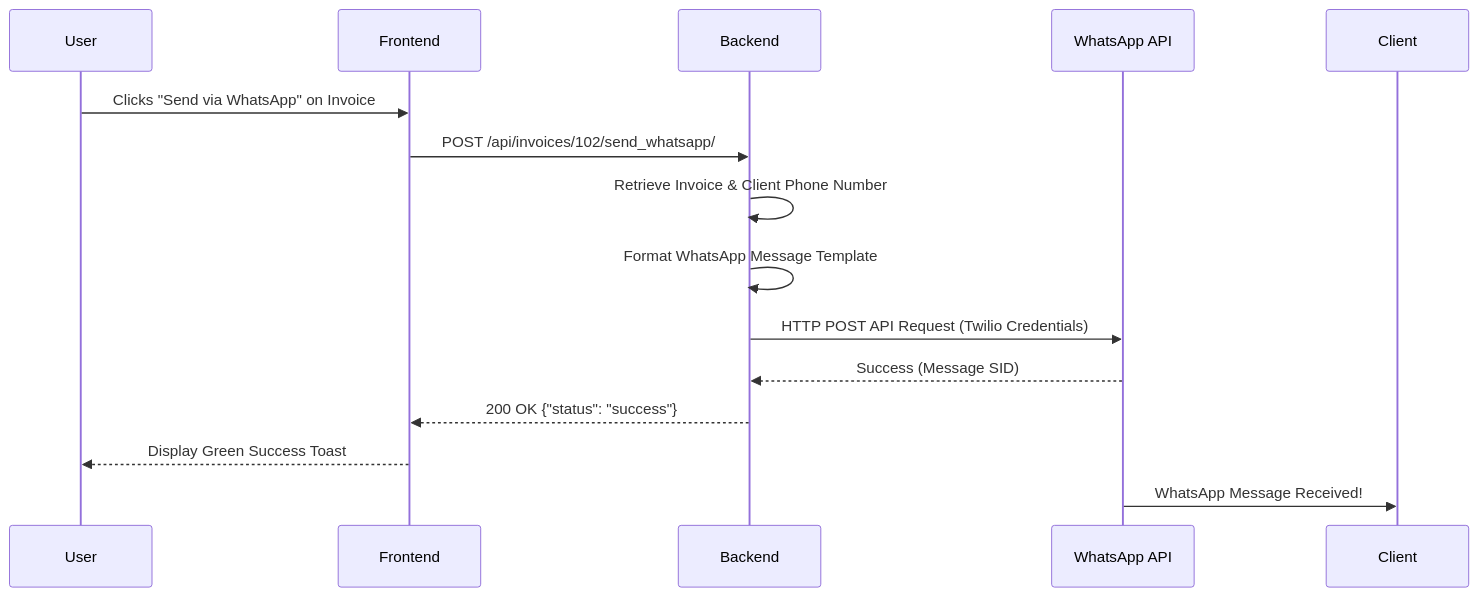
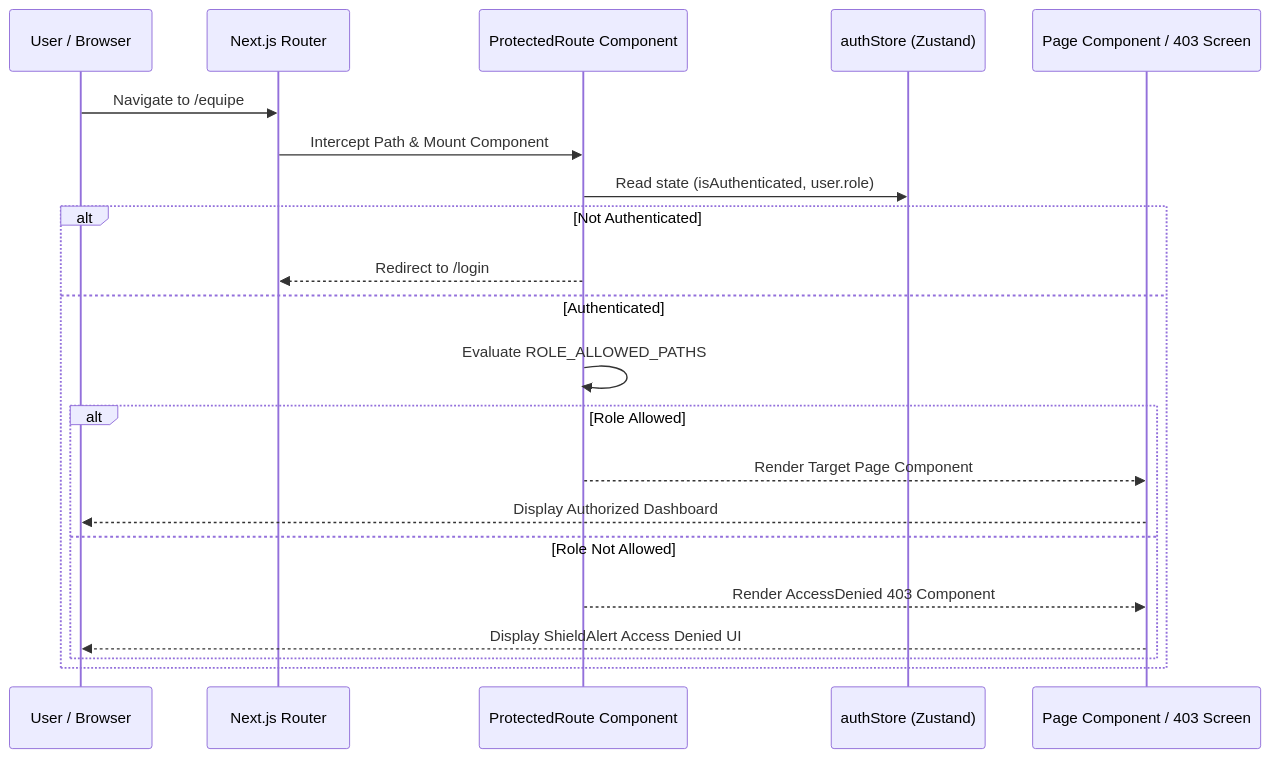
Before and after one commit to ArimasHolding/TadbirAI: the seventh of 10 diagrams in SAD_and_SDD.md, drawn with Mermaid. The commit also changed other lines of this file and 7 other files, not shown here.

````diff
--- a/SAD_and_SDD.md
+++ b/SAD_and_SDD.md
@@ -1005,18 +429,25 @@
 ```mermaid
 sequenceDiagram
-    participant User
-    participant NextJS as Frontend
-    participant Django as Backend
-    participant Twilio as WhatsApp API
-    participant Client
+    participant User as User / Browser
+    participant Router as Next.js Router
+    participant Guard as ProtectedRoute Component
+    participant Store as authStore (Zustand)
+    participant UI as Page Component / 403 Screen
     
-    User->>NextJS: Clicks "Send via WhatsApp" on Invoice #102
-    NextJS->>Django: POST /api/invoices/102/send_whatsapp/
-    Django->>Django: Retrieve Invoice & Client Phone Number
-    Django->>Django: Format WhatsApp Message Template
-    Django->>Twilio: HTTP POST API Request (Twilio Credentials)
-    Twilio-->>Django: Success (Message SID)
-    Django-->>NextJS: 200 OK {"status": "success"}
-    NextJS-->>User: Display Green Success Toast
-    Twilio->>Client: WhatsApp Message Received!
+    User->>Router: Navigate to /equipe
+    Router->>Guard: Intercept Path & Mount Component
+    Guard->>Store: Read state (isAuthenticated, user.role)
+    
+    alt Not Authenticated
+        Guard-->>Router: Redirect to /login
+    else Authenticated
+        Guard->>Guard: Evaluate ROLE_ALLOWED_PATHS
+        alt Role Allowed
+            Guard-->>UI: Render Target Page Component
+            UI-->>User: Display Authorized Dashboard
+        else Role Not Allowed
+            Guard-->>UI: Render AccessDenied 403 Component
+            UI-->>User: Display ShieldAlert Access Denied UI
+        end
+    end
 ```
````
